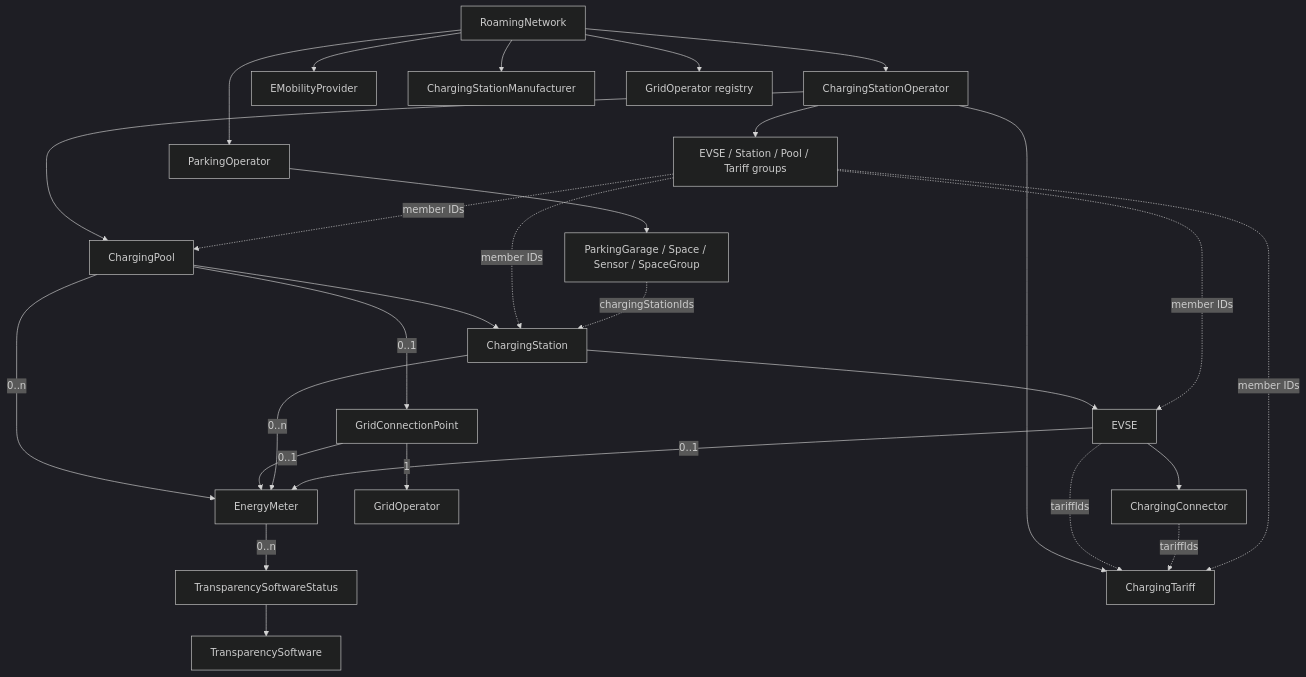
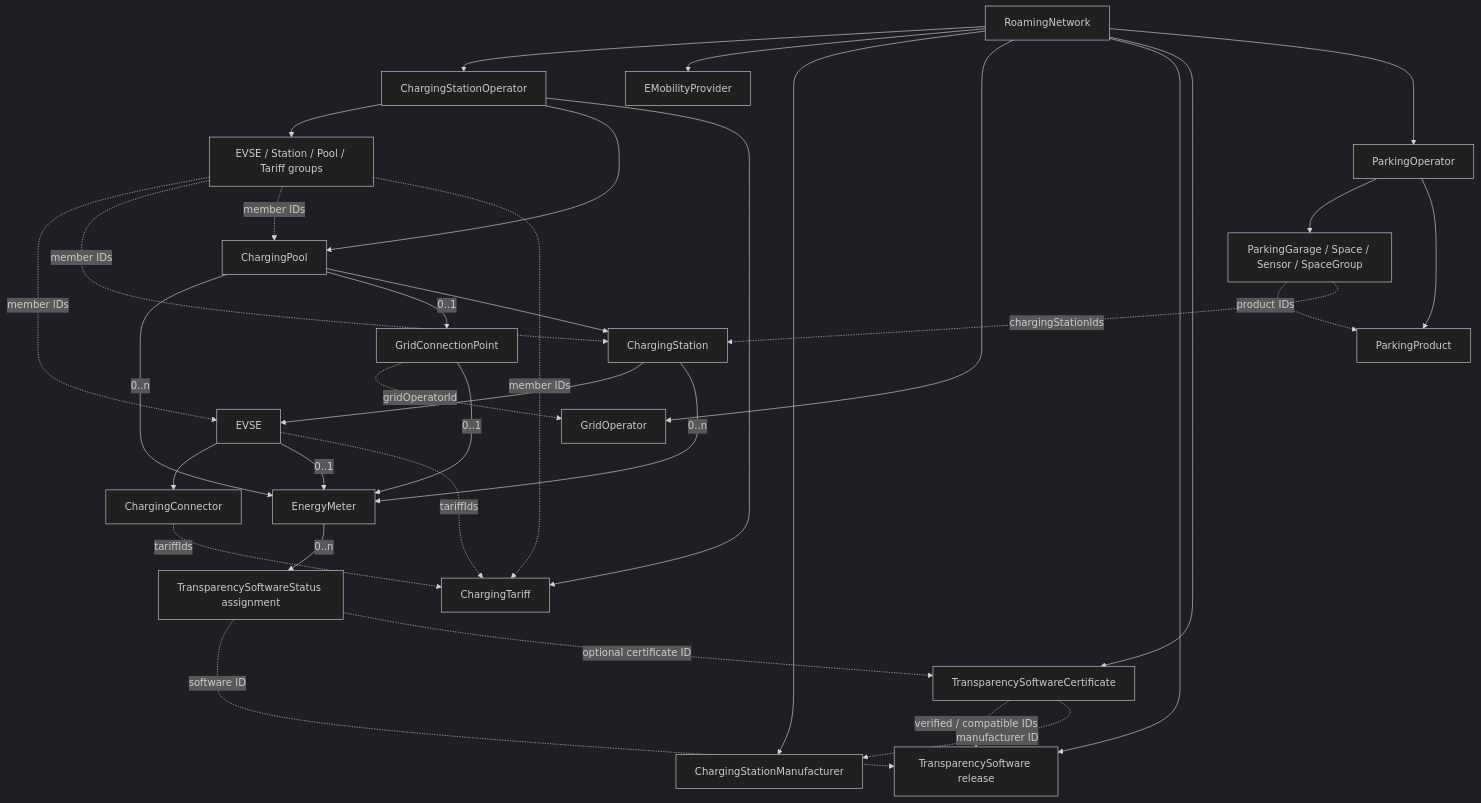
One commit to OpenChargingCloud/WWCP_POI changed the diagram in README.md. Above: the diagram before and after it, drawn with Mermaid (dark theme). The commit also changed other lines of this file and 393 other files, not shown here.

````diff
--- a/README.md
+++ b/README.md
@@ -66,30 +279,37 @@
 ```mermaid
 flowchart TD
     RN[RoamingNetwork] --> CSO[ChargingStationOperator]
     RN --> EMP[EMobilityProvider]
     RN --> Manufacturer[ChargingStationManufacturer]
-    RN --> RegisteredGO[GridOperator registry]
+    RN --> GO[GridOperator]
+    RN --> Software[TransparencySoftware release]
+    RN --> Certificate[TransparencySoftwareCertificate]
+    Certificate -. verified / compatible IDs .-> Software
+    Certificate -. manufacturer ID .-> Manufacturer
     RN --> Parking[ParkingOperator]
     Parking --> ParkNodes[ParkingGarage / Space / Sensor / SpaceGroup]
+    Parking --> ParkingProduct
+    ParkNodes -. product IDs .-> ParkingProduct
     CSO --> Groups[EVSE / Station / Pool / Tariff groups]
     CSO --> Pool[ChargingPool]
     Pool -->|0..n| Meter[EnergyMeter]
     Pool -->|0..1| GCP[GridConnectionPoint]
-    GCP -->|1| GO[GridOperator]
+    GCP -. gridOperatorId .-> GO
     GCP -->|0..1| Meter
     Pool --> Station[ChargingStation]
     Station --> EVSE
-    Station -->|0..n| Meter[EnergyMeter]
+    Station -->|0..n| Meter
     EVSE --> Connector[ChargingConnector]
-    EVSE -->|0..1| Meter[EnergyMeter]
-    Meter -->|0..n| SoftwareStatus[TransparencySoftwareStatus]
-    SoftwareStatus --> Software[TransparencySoftware]
+    EVSE -->|0..1| Meter
+    Meter -->|0..n| SoftwareStatus[TransparencySoftwareStatus assignment]
+    SoftwareStatus -. software ID .-> Software
+    SoftwareStatus -. optional certificate ID .-> Certificate
     CSO --> Tariff[ChargingTariff]
     EVSE -. tariffIds .-> Tariff
     Connector -. tariffIds .-> Tariff
     Groups -. member IDs .-> EVSE
     Groups -. member IDs .-> Station
     Groups -. member IDs .-> Pool
     Groups -. member IDs .-> Tariff
     ParkNodes -. chargingStationIds .-> Station
 ```
````
